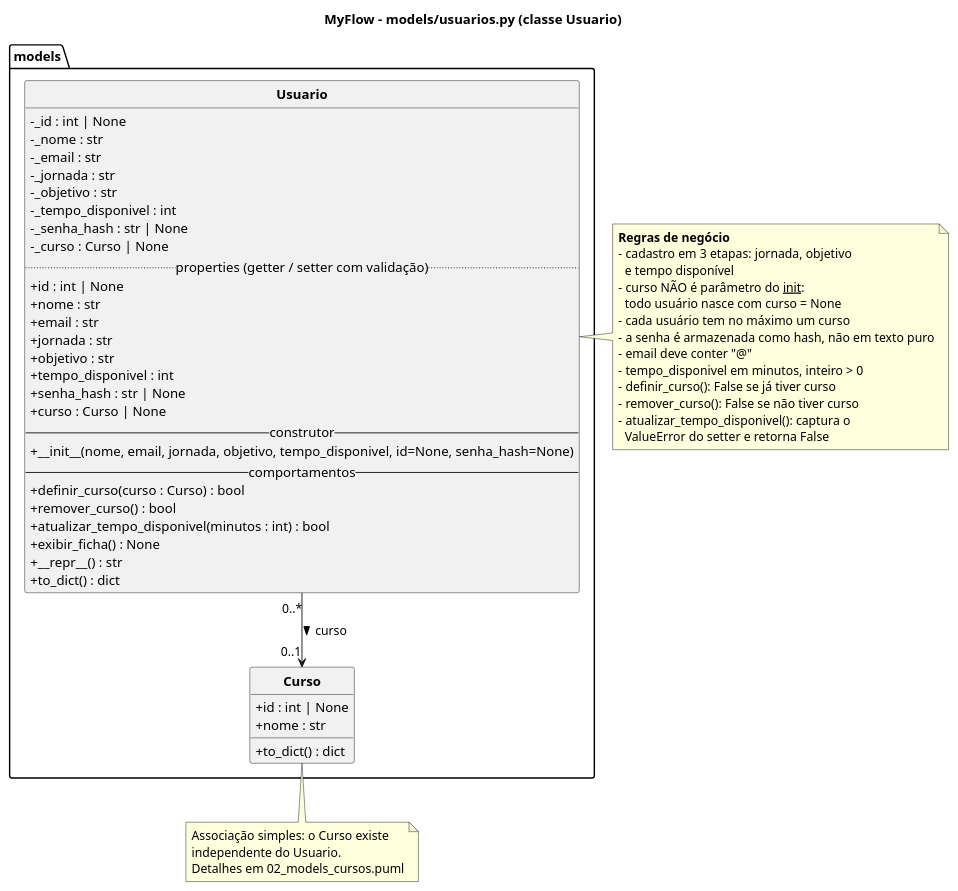
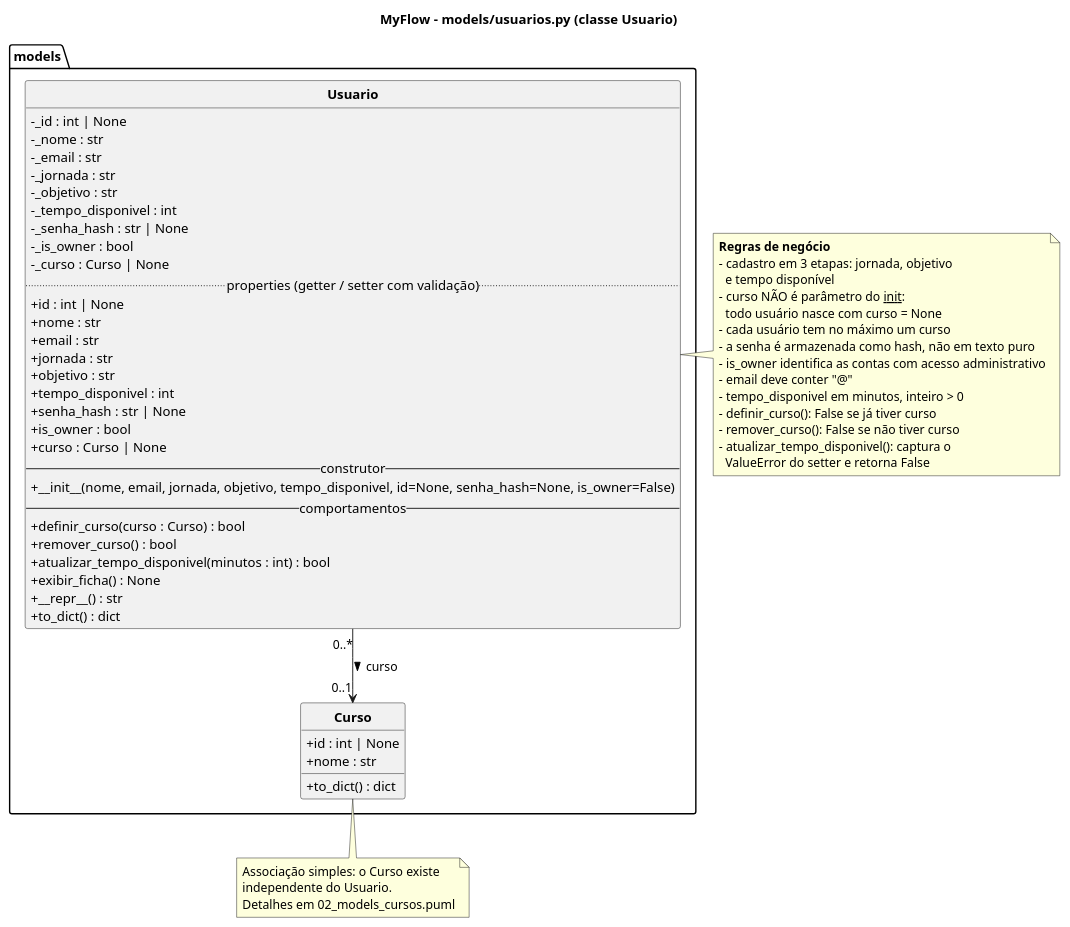
Before and after one commit to nicholasmichelon/project-myflow: the diagram in uml/classes/03_models_usuarios.puml, drawn with PlantUML. The commit also changed 135 other files, not shown here.

```diff
--- a/uml/classes/03_models_usuarios.puml
+++ b/uml/classes/03_models_usuarios.puml
@@ -1,71 +1,74 @@
 @startuml 03_models_usuarios
 ' MyFlow - models/usuarios.py
 title MyFlow - models/usuarios.py (classe Usuario)
 
 skinparam classAttributeIconSize 0
 skinparam shadowing false
 skinparam classFontStyle bold
 hide circle
 
 package "models" {
   class Usuario {
     -_id : int | None
     -_nome : str
     -_email : str
     -_jornada : str
     -_objetivo : str
     -_tempo_disponivel : int
     -_senha_hash : str | None
+    -_is_owner : bool
     -_curso : Curso | None
     .. properties (getter / setter com validação) ..
     +id : int | None
     +nome : str
     +email : str
     +jornada : str
     +objetivo : str
     +tempo_disponivel : int
     +senha_hash : str | None
+    +is_owner : bool
     +curso : Curso | None
     -- construtor --
-    +__init__(nome, email, jornada, objetivo, tempo_disponivel, id=None, senha_hash=None)
+    +__init__(nome, email, jornada, objetivo, tempo_disponivel, id=None, senha_hash=None, is_owner=False)
     -- comportamentos --
     +definir_curso(curso : Curso) : bool
     +remover_curso() : bool
     +atualizar_tempo_disponivel(minutos : int) : bool
     +exibir_ficha() : None
     +__repr__() : str
     +to_dict() : dict
   }
 
   class Curso {
     +id : int | None
     +nome : str
     +to_dict() : dict
   }
 }
 
 Usuario "0..*" --> "0..1" Curso : curso >
 
 note right of Usuario
   <b>Regras de negócio</b>
   - cadastro em 3 etapas: jornada, objetivo
     e tempo disponível
   - curso NÃO é parâmetro do __init__:
     todo usuário nasce com curso = None
   - cada usuário tem no máximo um curso
   - a senha é armazenada como hash, não em texto puro
+  - is_owner identifica as contas com acesso administrativo
   - email deve conter "@"
   - tempo_disponivel em minutos, inteiro > 0
   - definir_curso(): False se já tiver curso
   - remover_curso(): False se não tiver curso
   - atualizar_tempo_disponivel(): captura o
     ValueError do setter e retorna False
 end note
 
 note bottom of Curso
   Associação simples: o Curso existe
   independente do Usuario.
   Detalhes em 02_models_cursos.puml
 end note
 
 @enduml
```
